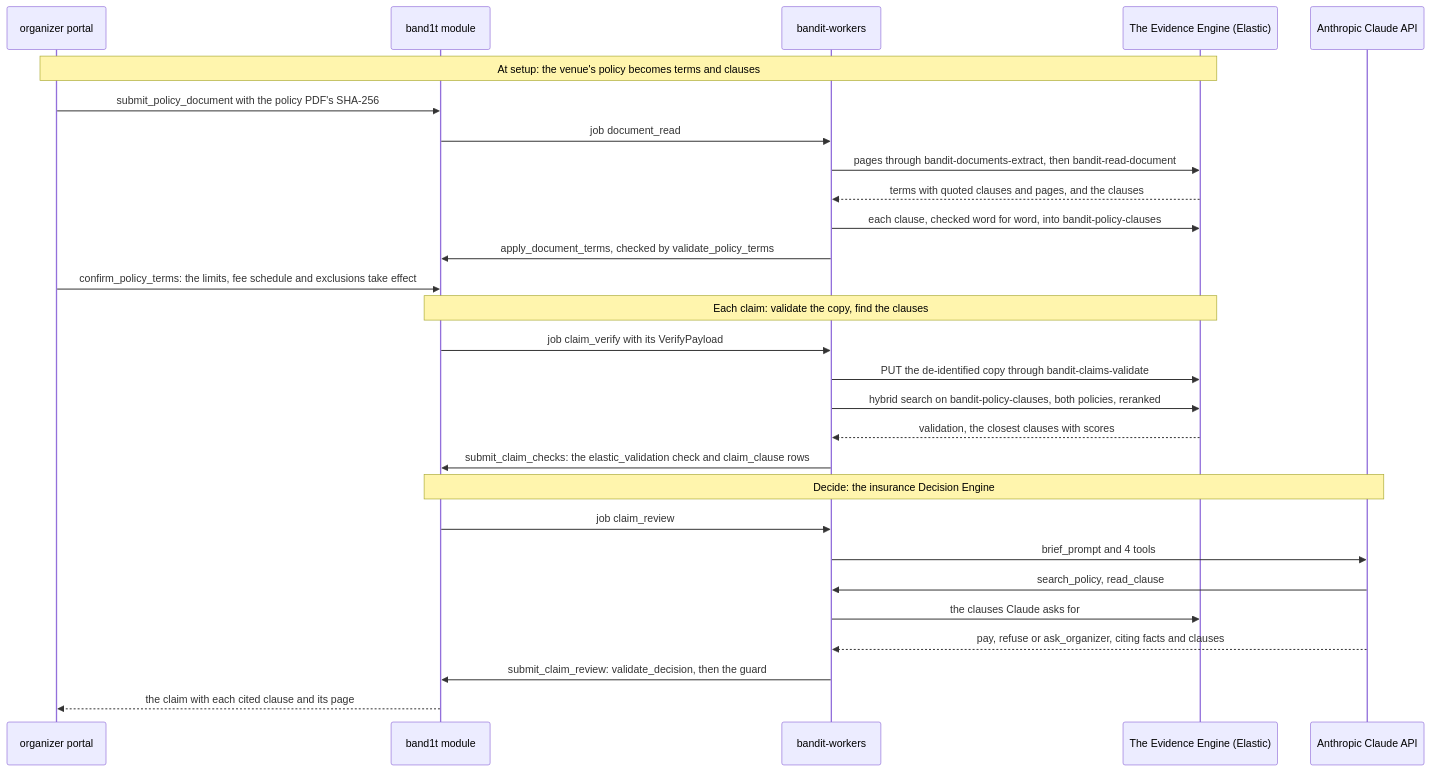
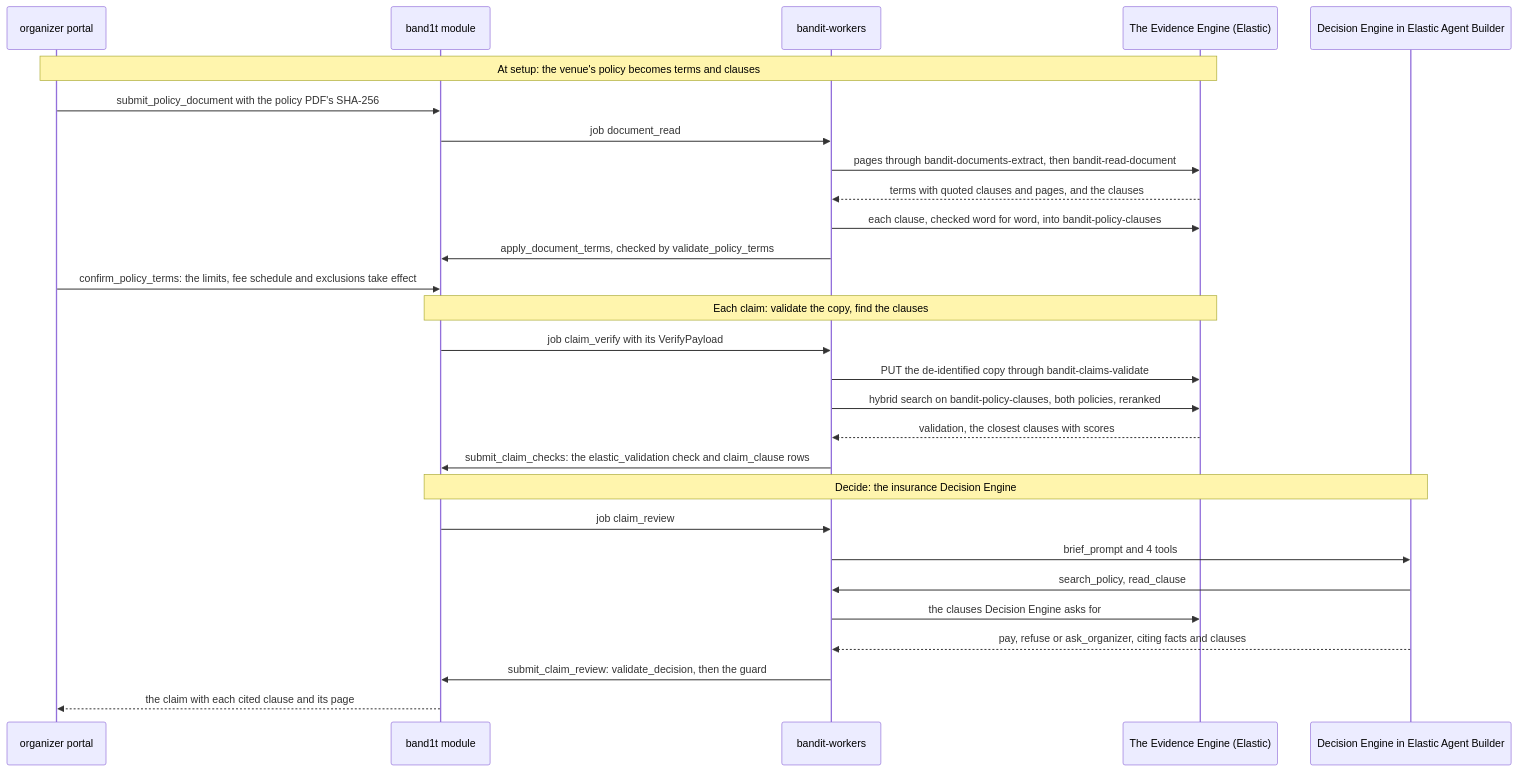
The second of 9 diagrams in System Design/7-integrations/Elastic.md (viktorinkov/cal-hacks-13), drawn with Mermaid before and after one commit. The commit also changed other lines of this file and 50 other files, not shown here.

````diff
--- a/System Design/7-integrations/Elastic.md
+++ b/System Design/7-integrations/Elastic.md
@@ -356,30 +338,30 @@
 ```mermaid
 sequenceDiagram
   participant O as organizer portal
   participant M as band1t module
   participant W as bandit-workers
   participant E as The Evidence Engine (Elastic)
-  participant C as Anthropic Claude API
+  participant C as Decision Engine in Elastic Agent Builder
   Note over O,E: At setup: the venue's policy becomes terms and clauses
   O->>M: submit_policy_document with the policy PDF's SHA-256
   M->>W: job document_read
   W->>E: pages through bandit-documents-extract, then bandit-read-document
   E-->>W: terms with quoted clauses and pages, and the clauses
   W->>E: each clause, checked word for word, into bandit-policy-clauses
   W->>M: apply_document_terms, checked by validate_policy_terms
   O->>M: confirm_policy_terms: the limits, fee schedule and exclusions take effect
   Note over M,E: Each claim: validate the copy, find the clauses
   M->>W: job claim_verify with its VerifyPayload
   W->>E: PUT the de-identified copy through bandit-claims-validate
   W->>E: hybrid search on bandit-policy-clauses, both policies, reranked
   E-->>W: validation, the closest clauses with scores
   W->>M: submit_claim_checks: the elastic_validation check and claim_clause rows
   Note over M,C: Decide: the insurance Decision Engine
   M->>W: job claim_review
   W->>C: brief_prompt and 4 tools
   C->>W: search_policy, read_clause
-  W->>E: the clauses Claude asks for
+  W->>E: the clauses Decision Engine asks for
   C-->>W: pay, refuse or ask_organizer, citing facts and clauses
   W->>M: submit_claim_review: validate_decision, then the guard
   M-->>O: the claim with each cited clause and its page
 ```
````
